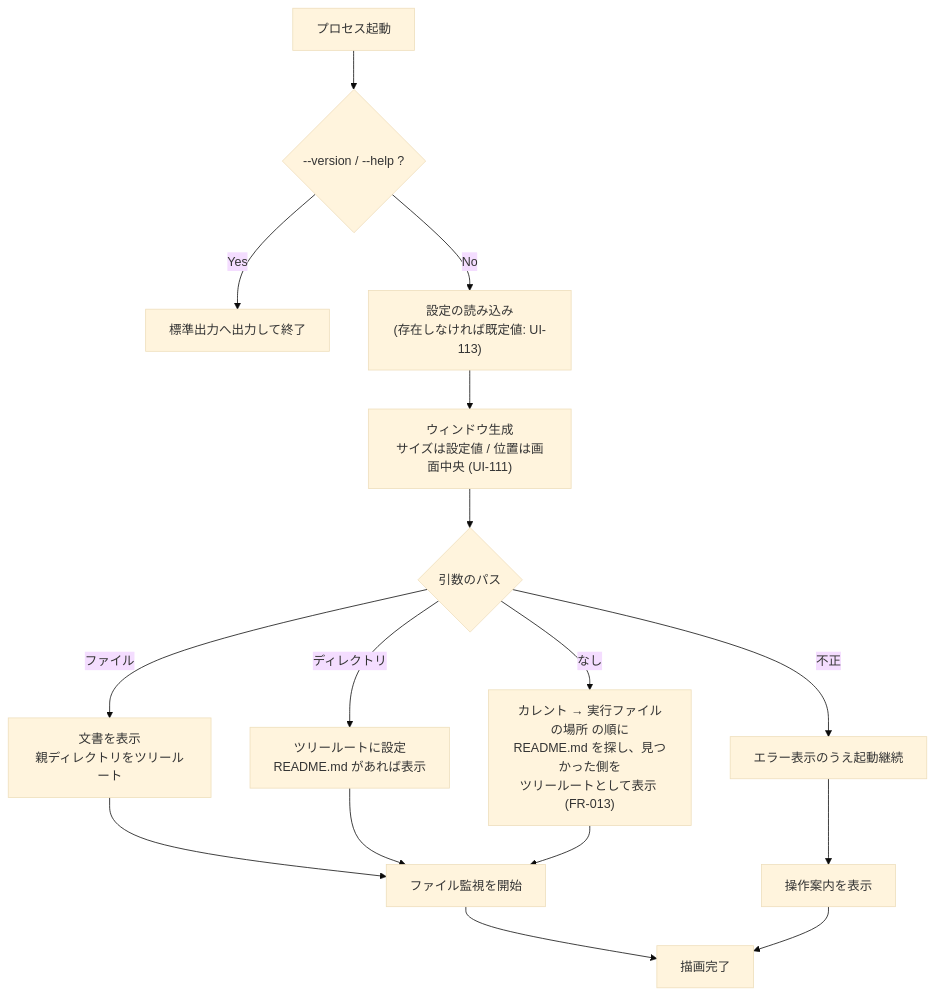
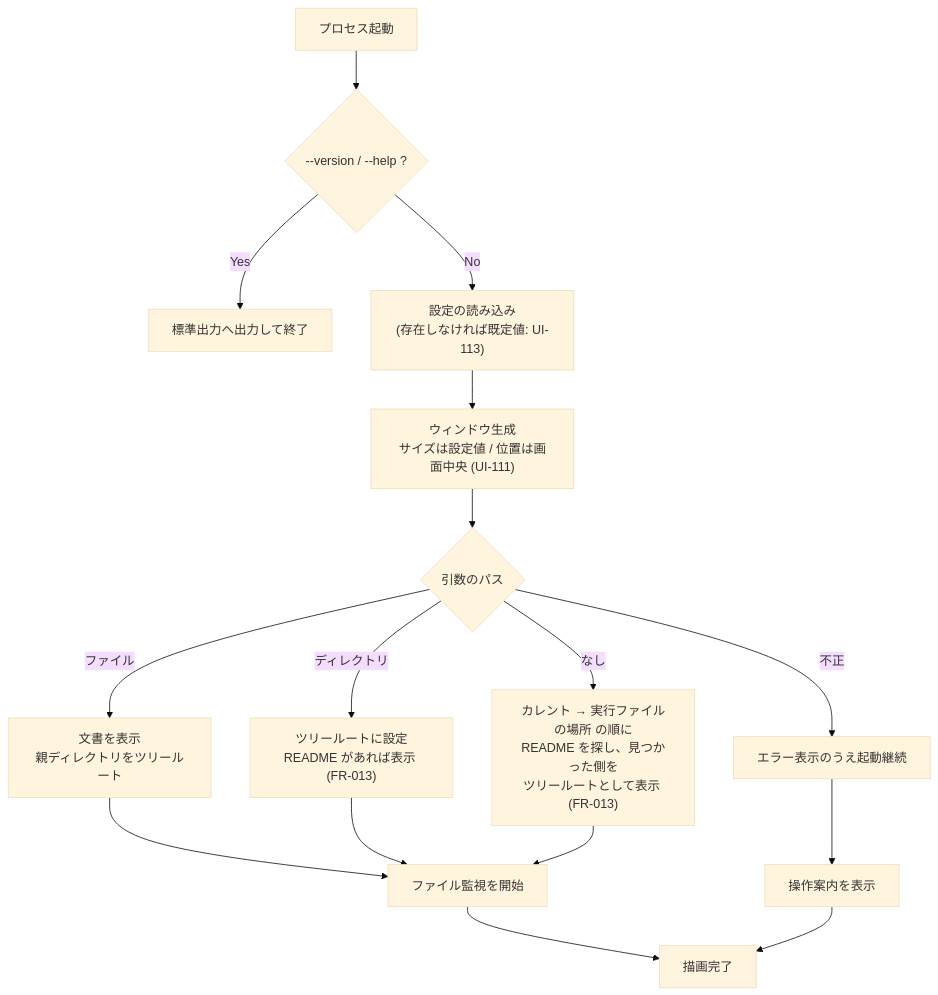
Before and after one commit to kznagamori/go_MarkView: the third of 3 diagrams in docs/specs/05-architecture.md, drawn with Mermaid (base theme). The commit also changed other lines of this file and 18 other files, not shown here.

````diff
--- a/docs/specs/05-architecture.md
+++ b/docs/specs/05-architecture.md
@@ -419,18 +426,18 @@
 ```mermaid
 flowchart TD
     A["プロセス起動"] --> B{"--version / --help ?"}
     B -->|Yes| C["標準出力へ出力して終了"]
     B -->|No| D["設定の読み込み<br/>(存在しなければ既定値: UI-113)"]
     D --> E["ウィンドウ生成<br/>サイズは設定値 / 位置は画面中央 (UI-111)"]
     E --> F{"引数のパス"}
     F -->|ファイル| G["文書を表示<br/>親ディレクトリをツリールート"]
-    F -->|ディレクトリ| H["ツリールートに設定<br/>README.md があれば表示"]
-    F -->|なし| I["カレント → 実行ファイルの場所 の順に<br/>README.md を探し、見つかった側を<br/>ツリールートとして表示 (FR-013)"]
+    F -->|ディレクトリ| H["ツリールートに設定<br/>README があれば表示 (FR-013)"]
+    F -->|なし| I["カレント → 実行ファイルの場所 の順に<br/>README を探し、見つかった側を<br/>ツリールートとして表示 (FR-013)"]
     F -->|不正| J["エラー表示のうえ起動継続"]
     G --> K["ファイル監視を開始"]
     H --> K
     I --> K
     J --> L["操作案内を表示"]
     K --> M["描画完了"]
     L --> M
 ```
````
